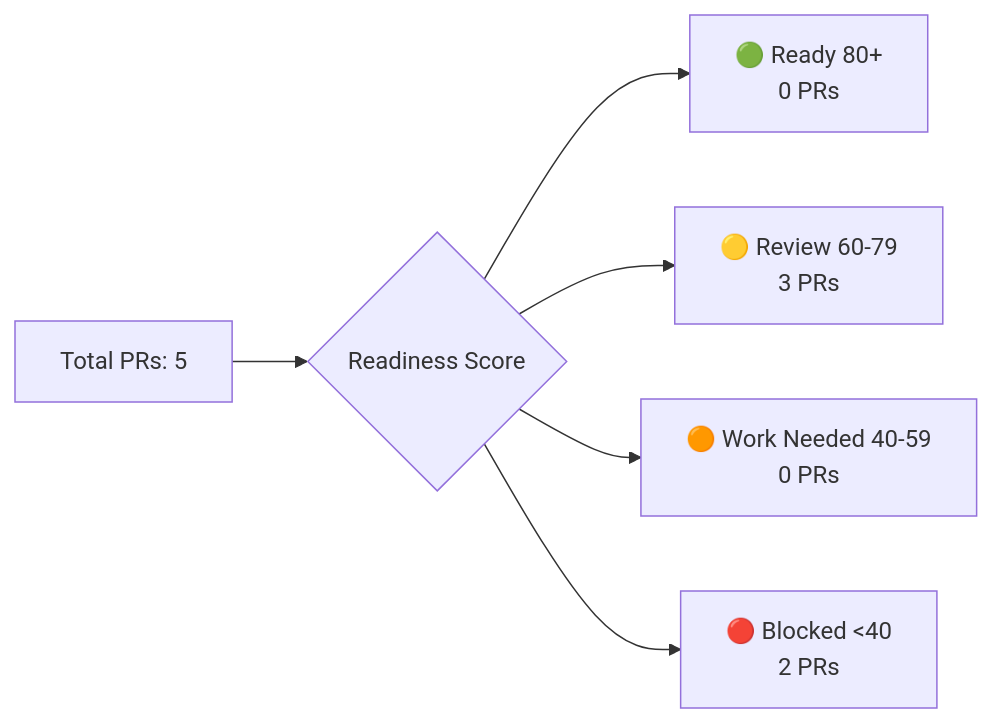
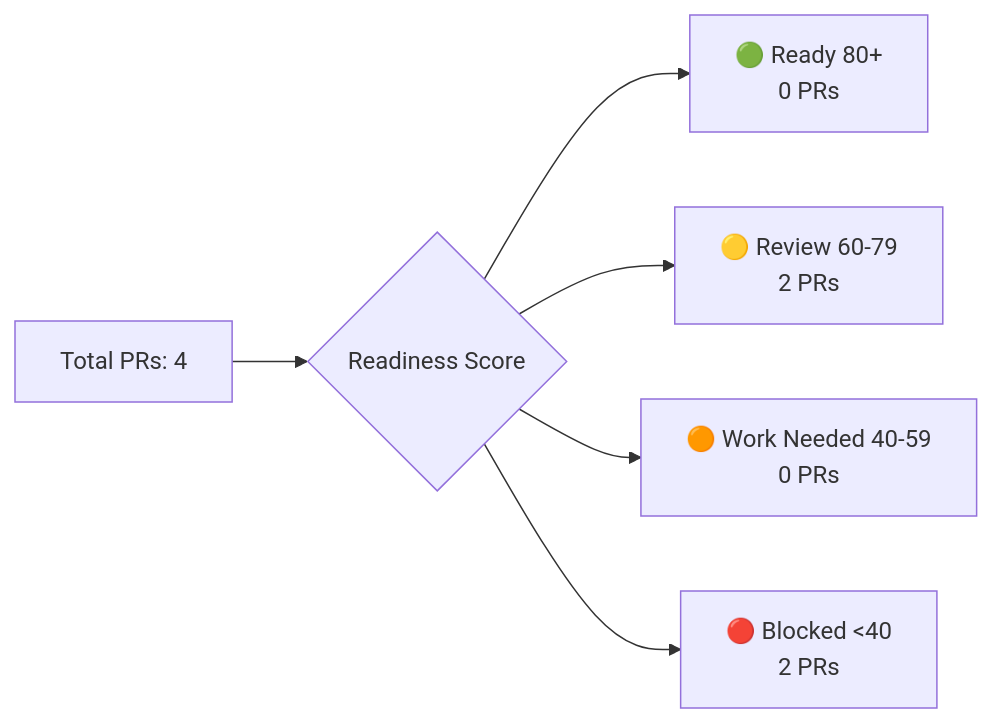
The third of 4 diagrams in docs/tracker.md (Nitsur10/invoice-dashboard-deploy), drawn with Mermaid before and after one commit. The commit also changed other lines of this file and 1 other file, not shown here.

First line of the commit message:
chore(tracker): update portfolio dashboard - 4 PRs, 6 issues

````diff
--- a/docs/tracker.md
+++ b/docs/tracker.md
@@ -40,8 +40,8 @@
 ```mermaid
 graph LR
-    A[Total PRs: 5] --> B{Readiness Score}
+    A[Total PRs: 4] --> B{Readiness Score}
     B --> C[🟢 Ready 80+<br/>0 PRs]
-    B --> D[🟡 Review 60-79<br/>3 PRs]
+    B --> D[🟡 Review 60-79<br/>2 PRs]
     B --> E[🟠 Work Needed 40-59<br/>0 PRs]
     B --> F[🔴 Blocked <40<br/>2 PRs]
 ```
````
